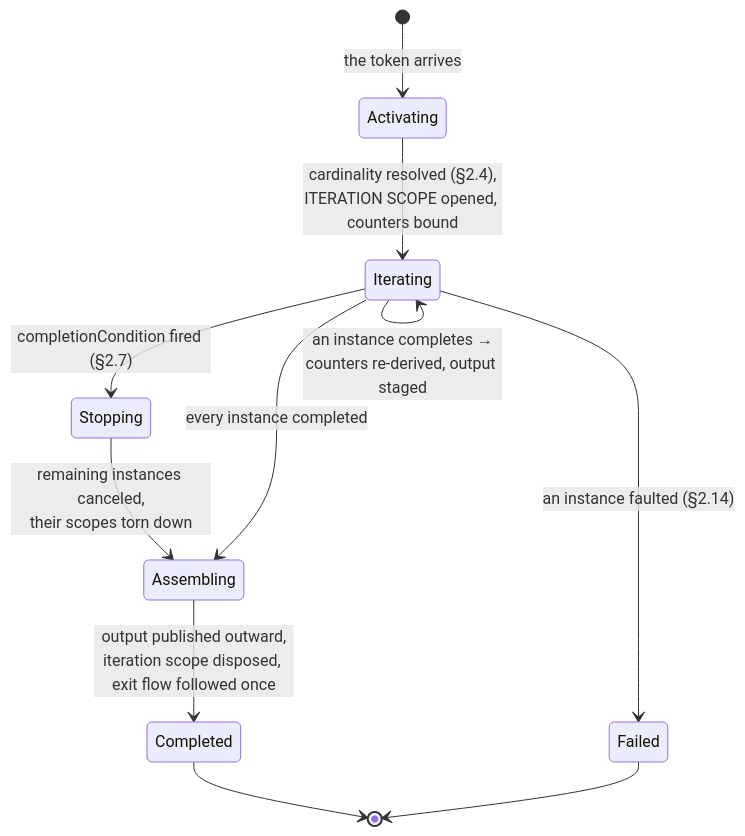
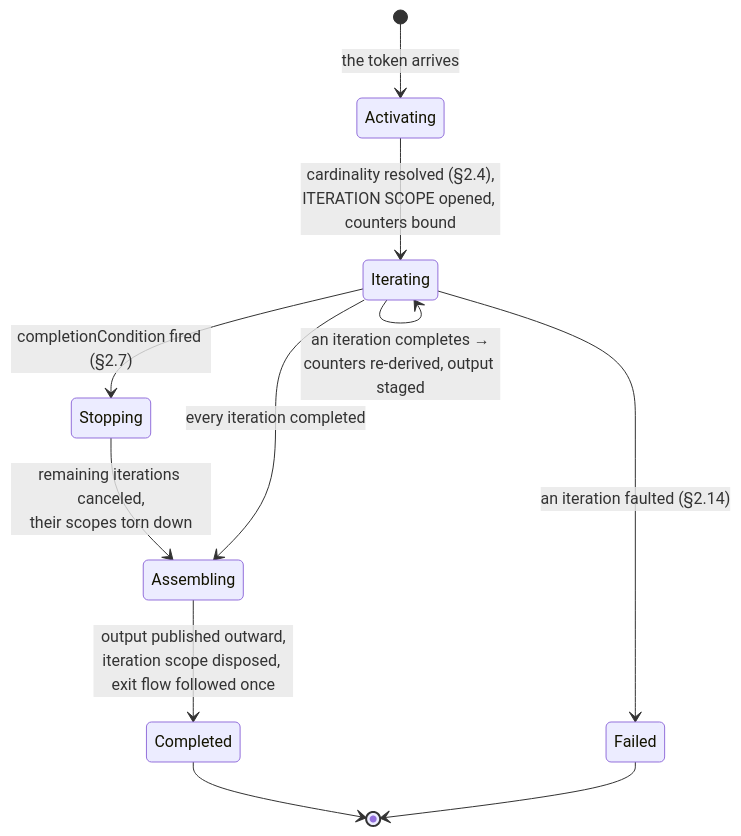
Before and after one commit to dr-dobermann/gobpm: the third of 4 diagrams in docs/design/ADR-025-activity-iteration-loop-and-multi-instance.md, drawn with Mermaid. The commit also changed other lines of this file and 160 other files, not shown here.

````diff
--- a/docs/design/ADR-025-activity-iteration-loop-and-multi-instance.md
+++ b/docs/design/ADR-025-activity-iteration-loop-and-multi-instance.md
@@ -1318,13 +1318,13 @@
 ```mermaid
 stateDiagram-v2
     [*] --> Activating: the token arrives
     Activating --> Iterating: cardinality resolved (§2.4),<br/>ITERATION SCOPE opened, counters bound
-    Iterating --> Iterating: an instance completes →<br/>counters re-derived, output staged
+    Iterating --> Iterating: an iteration completes →<br/>counters re-derived, output staged
     Iterating --> Stopping: completionCondition fired (§2.7)
-    Stopping --> Assembling: remaining instances canceled,<br/>their scopes torn down
-    Iterating --> Assembling: every instance completed
+    Stopping --> Assembling: remaining iterations canceled,<br/>their scopes torn down
+    Iterating --> Assembling: every iteration completed
     Assembling --> Completed: output published outward,<br/>iteration scope disposed, exit flow followed once
-    Iterating --> Failed: an instance faulted (§2.14)
+    Iterating --> Failed: an iteration faulted (§2.14)
     Completed --> [*]
     Failed --> [*]
 ```
````
